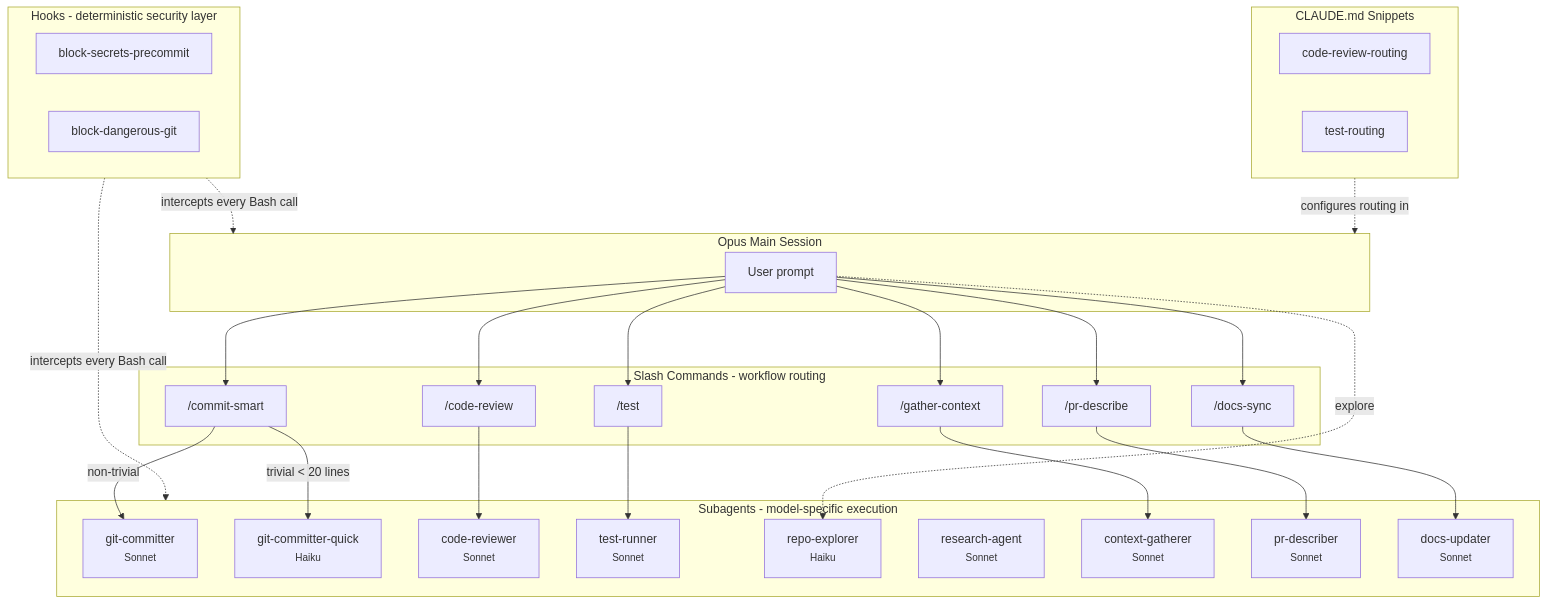
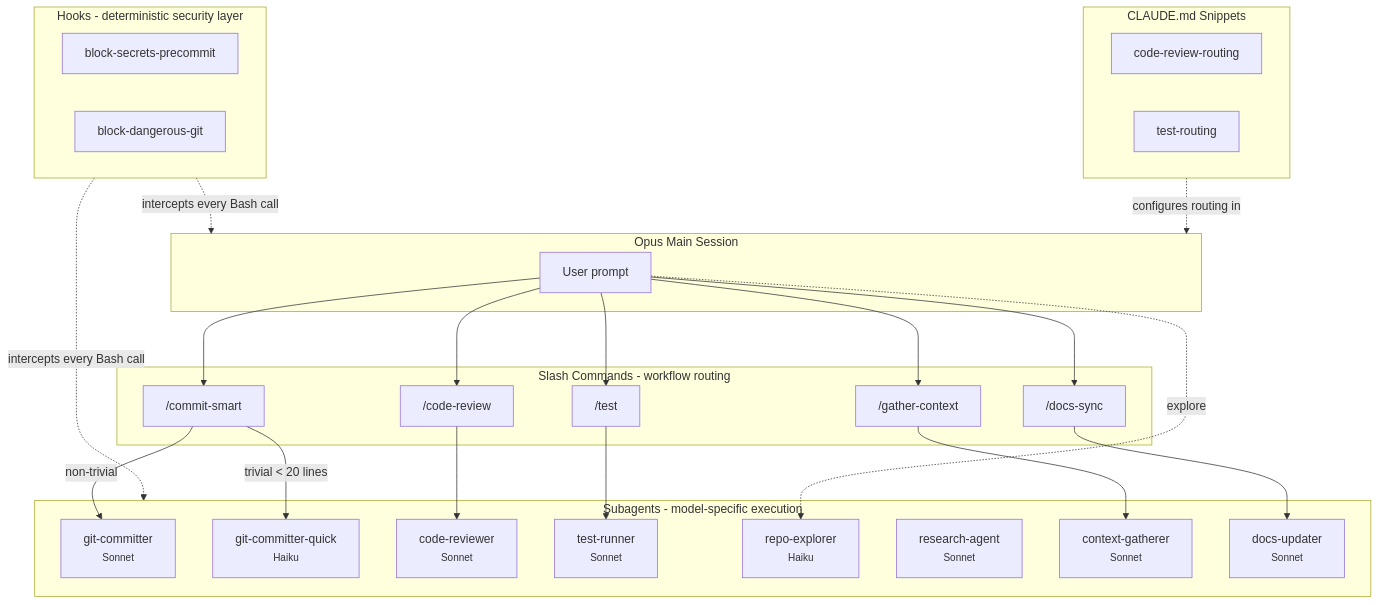
The diagram in README.md (Filip-Podstavec/claude-leverage), drawn with Mermaid before and after one commit. The commit also changed other lines of this file and 5 other files, not shown here.

````diff
--- a/README.md
+++ b/README.md
@@ -28,51 +28,48 @@
 ```mermaid
 graph TB
     subgraph Main["Opus Main Session"]
         USER["User prompt"]
     end
 
     subgraph Commands["Slash Commands - workflow routing"]
         CS["/commit-smart"]
         CR["/code-review"]
         TT["/test"]
         GCT["/gather-context"]
-        PD["/pr-describe"]
         DS["/docs-sync"]
     end
 
     subgraph Agents["Subagents - model-specific execution"]
         GC["git-committer<br/><small>Sonnet</small>"]
         GCQ["git-committer-quick<br/><small>Haiku</small>"]
         CRA["code-reviewer<br/><small>Sonnet</small>"]
         TR["test-runner<br/><small>Sonnet</small>"]
         RX["repo-explorer<br/><small>Haiku</small>"]
         RA["research-agent<br/><small>Sonnet</small>"]
         CG["context-gatherer<br/><small>Sonnet</small>"]
-        PRD["pr-describer<br/><small>Sonnet</small>"]
         DU["docs-updater<br/><small>Sonnet</small>"]
     end
 
     subgraph Hooks["Hooks - deterministic security layer"]
         BS["block-secrets-precommit"]
         BD["block-dangerous-git"]
     end
 
     subgraph Snippets["CLAUDE.md Snippets"]
         CRR["code-review-routing"]
         TRR["test-routing"]
     end
 
-    USER --> CS & CR & TT & GCT & PD & DS
+    USER --> CS & CR & TT & GCT & DS
     USER -.->|"explore"| RX
     CS -->|"non-trivial"| GC
     CS -->|"trivial < 20 lines"| GCQ
     CR --> CRA
     TT --> TR
     GCT --> CG
-    PD --> PRD
     DS --> DU
 
     Hooks -.->|"intercepts every Bash call"| Main
     Hooks -.->|"intercepts every Bash call"| Agents
     Snippets -.->|"configures routing in"| Main
 ```
````
